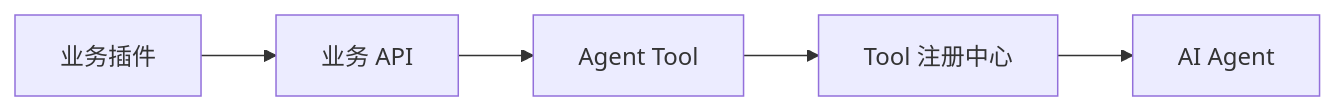
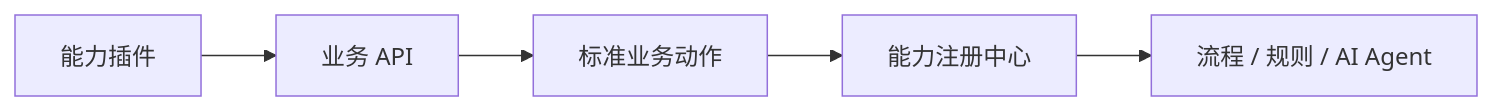
The sixth of 6 diagrams in job/mod/ai-agent-internal-software-integration.md (XiaoYang1127/dev-doc), drawn with Mermaid before and after one commit. The commit also changed other lines of this file and 5 other files, not shown here.

````diff
--- a/job/mod/ai-agent-internal-software-integration.md
+++ b/job/mod/ai-agent-internal-software-integration.md
@@ -340,7 +328,7 @@
 ```mermaid
 flowchart LR
-    Plugin[业务插件] --> API[业务 API]
-    API --> Tool[Agent Tool]
-    Tool --> Registry[Tool 注册中心]
-    Registry --> Agent[AI Agent]
+    Plugin[能力插件] --> API[业务 API]
+    API --> Action[标准业务动作]
+    Action --> Registry[能力注册中心]
+    Registry --> Orchestration[流程 / 规则 / AI Agent]
 ```
````
